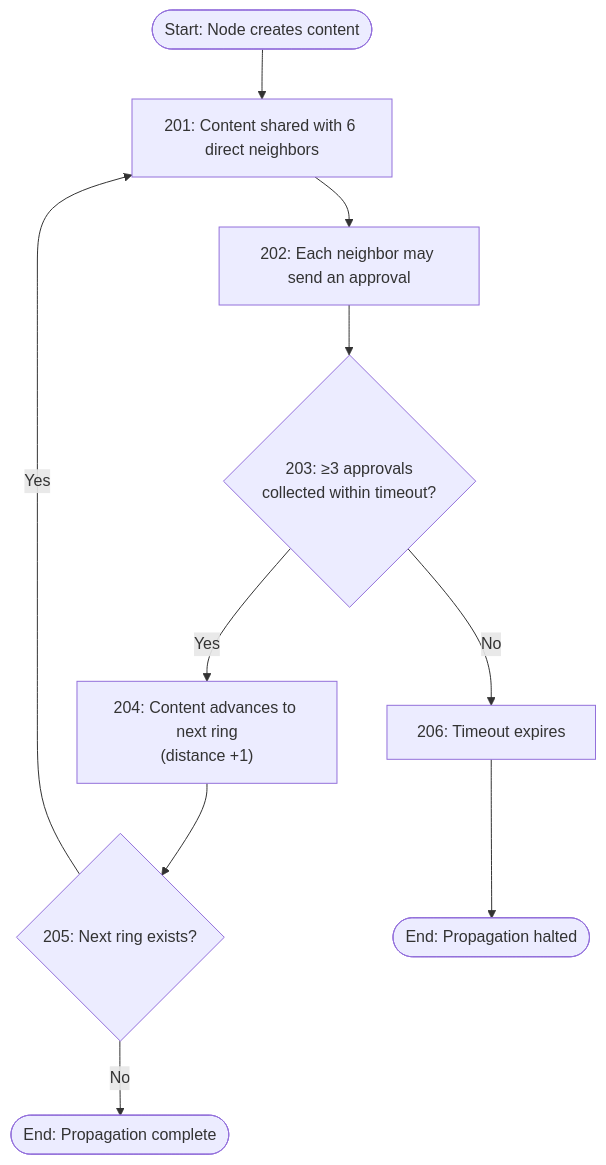
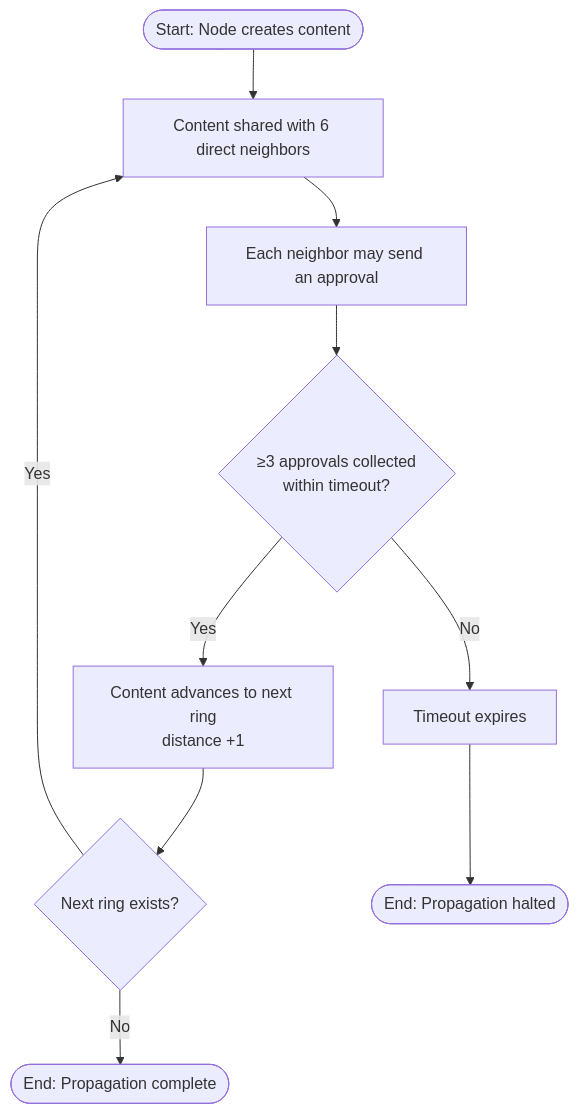
The first of 3 diagrams in README.md (comfyuse/Kando), drawn with Mermaid before and after one commit. The commit also changed other lines of this file and 15 other files, not shown here.

````diff
--- a/README.md
+++ b/README.md
@@ -46,12 +261,12 @@
 ```mermaid
 flowchart TD
-    Start([Start: Node creates content]) --> Step201[201: Content shared with 6 direct neighbors]
-    Step201 --> Step202[202: Each neighbor may send an approval]
-    Step202 --> Decision203{203: ≥3 approvals\ncollected within timeout?}
-    Decision203 -->|Yes| Step204["204: Content advances to next ring\n(distance +1)"]
-    Step204 --> Decision205{205: Next ring exists?}
-    Decision205 -->|Yes| Step201
-    Decision205 -->|No| End([End: Propagation complete])
-    Decision203 -->|No| Step206[206: Timeout expires]
-    Step206 --> End2([End: Propagation halted])
+    Start([Start: Node creates content]) --> A[Content shared with 6 direct neighbors]
+    A --> B[Each neighbor may send an approval]
+    B --> C{≥3 approvals collected<br/>within timeout?}
+    C -->|Yes| D[Content advances to next ring<br/>distance +1]
+    D --> E{Next ring exists?}
+    E -->|Yes| A
+    E -->|No| F([End: Propagation complete])
+    C -->|No| G[Timeout expires]
+    G --> H([End: Propagation halted])
 ```
````
